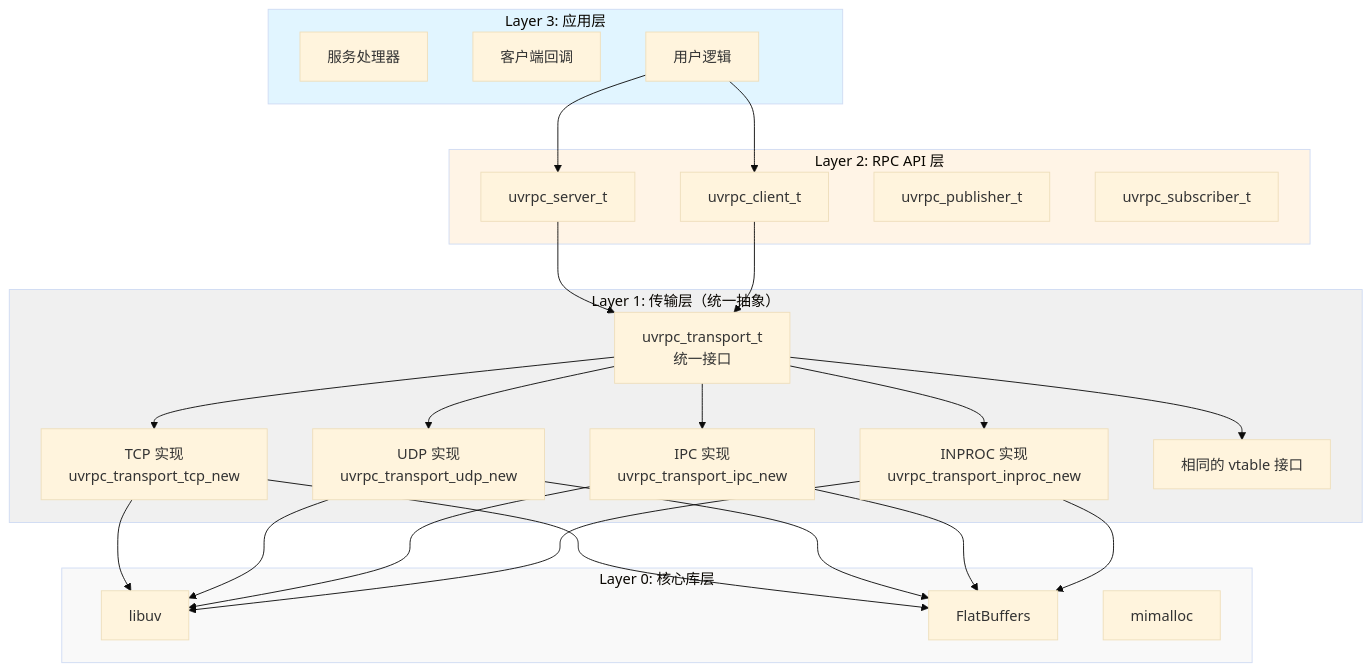
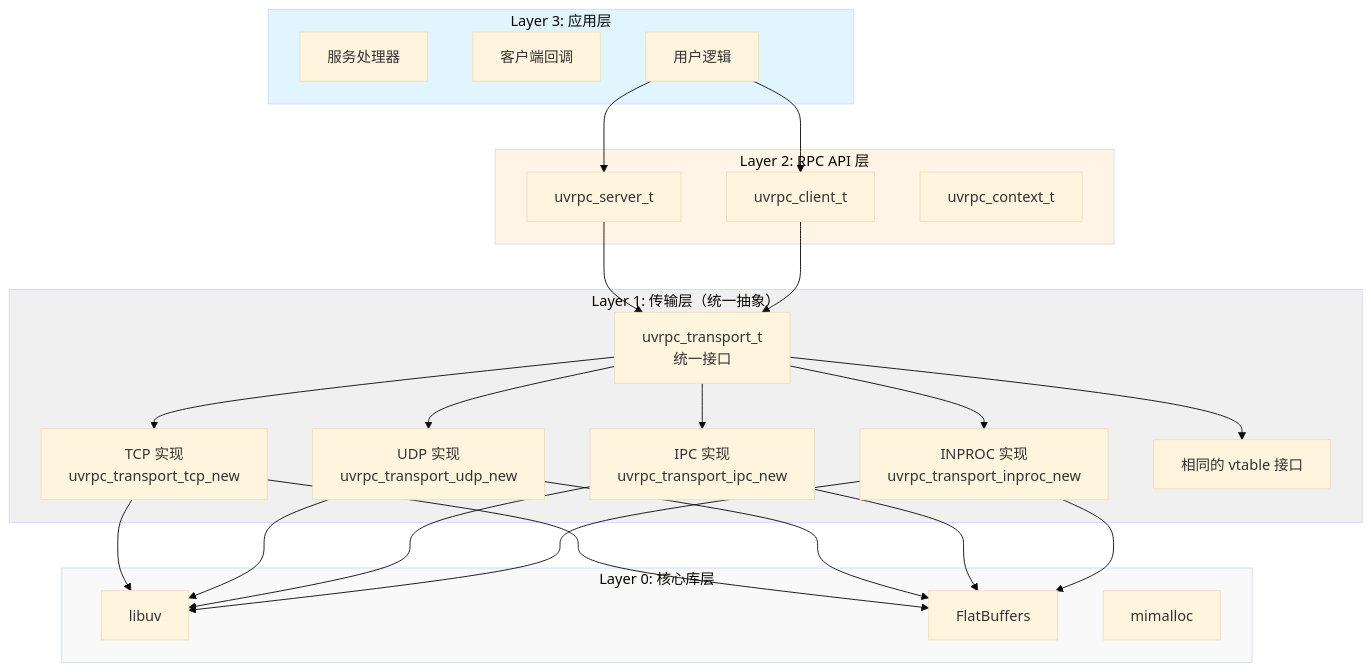
One commit to adam-ikari/uvrpc changed the first of 2 diagrams in docs/guide/design-philosophy.md. Above: the diagram before and after it, drawn with Mermaid (base theme). The commit also changed other lines of this file and 67 other files, not shown here.

````diff
--- a/docs/guide/design-philosophy.md
+++ b/docs/guide/design-philosophy.md
@@ -420,53 +420,52 @@
 ```mermaid
 graph TB
     subgraph Layer3["Layer 3: 应用层"]
         A1[服务处理器]
         A2[客户端回调]
         A3[用户逻辑]
     end
     
     subgraph Layer2["Layer 2: RPC API 层"]
         B1[uvrpc_server_t]
         B2[uvrpc_client_t]
-        B3[uvrpc_publisher_t]
-        B4[uvrpc_subscriber_t]
+        B3[uvrpc_context_t]
     end
     
     subgraph Layer1["Layer 1: 传输层（统一抽象）"]
         C1[uvrpc_transport_t<br/>统一接口]
         C2[TCP 实现<br/>uvrpc_transport_tcp_new]
         C3[UDP 实现<br/>uvrpc_transport_udp_new]
         C4[IPC 实现<br/>uvrpc_transport_ipc_new]
         C5[INPROC 实现<br/>uvrpc_transport_inproc_new]
         C6[相同的 vtable 接口]
     end
     
     subgraph Layer0["Layer 0: 核心库层"]
         D1[libuv]
         D2[FlatBuffers]
         D3[mimalloc]
     end
     
     A3 --> B1
     A3 --> B2
     B1 --> C1
     B2 --> C1
     C1 --> C2
     C1 --> C3
     C1 --> C4
     C1 --> C5
     C1 --> C6
     C2 --> D1
     C3 --> D1
     C4 --> D1
     C5 --> D1
     C2 --> D2
     C3 --> D2
     C4 --> D2
     C5 --> D2
     
     style Layer3 fill:#e1f5ff
     style Layer2 fill:#fff4e6
     style Layer1 fill:#f0f0f0
     style Layer0 fill:#f9f9f9
 ```
````
